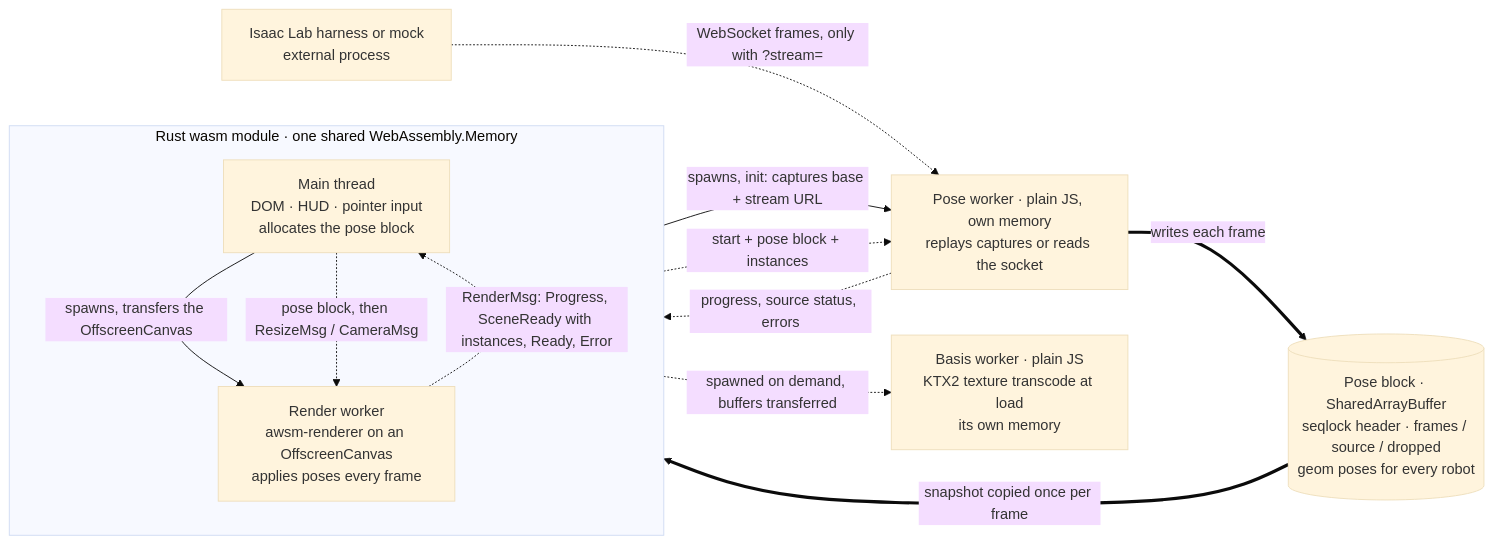
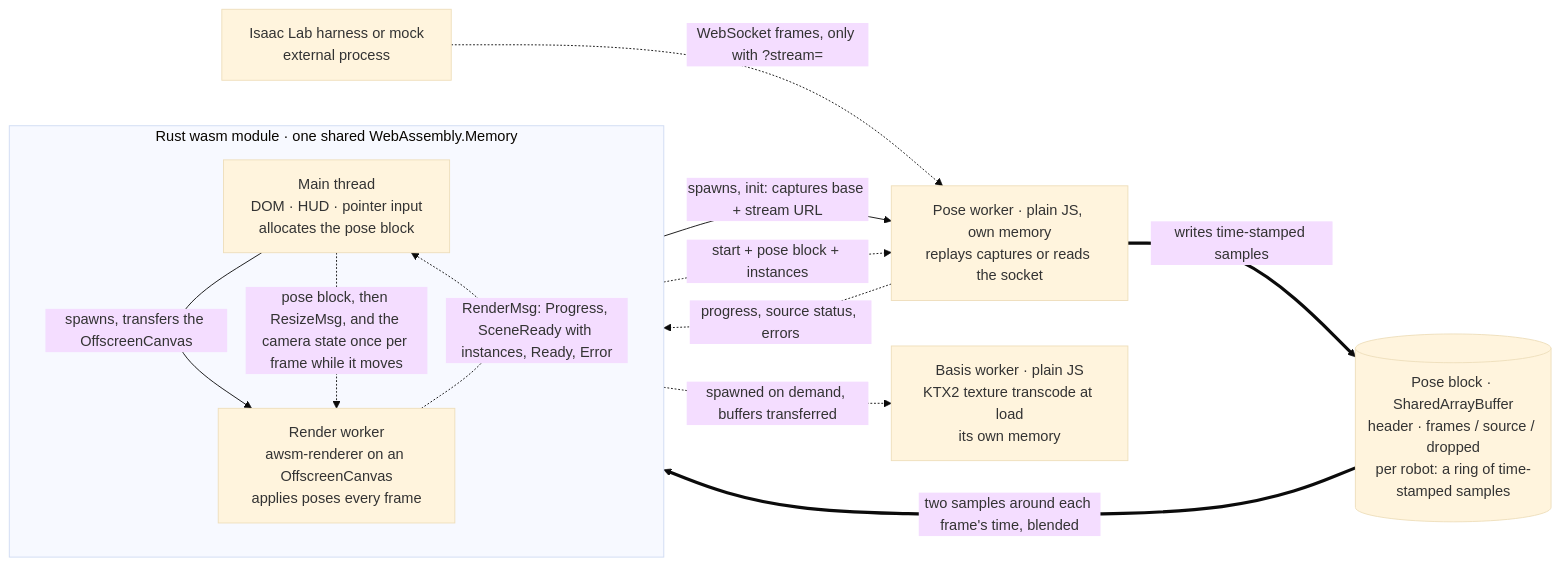
Before and after one commit to awsm-fun/awsm-template-physics-isaac: the second of 2 diagrams in README.md, drawn with Mermaid (base theme). The commit also changed other lines of this file and 9 other files, not shown here.

First line of the commit message:
Pace poses and camera by the display: time-stamped samples, frame-marked camera

````diff
--- a/README.md
+++ b/README.md
@@ -55,24 +55,24 @@
 ```mermaid
 flowchart LR
     subgraph RUST["Rust wasm module · one shared WebAssembly.Memory"]
         direction TB
         MAIN["Main thread<br/>DOM · HUD · pointer input<br/>allocates the pose block"]
         RENDER["Render worker<br/>awsm-renderer on an OffscreenCanvas<br/>applies poses every frame"]
     end
 
     POSE["Pose worker · plain JS, own memory<br/>replays captures or reads the socket"]
-    SAB[("Pose block · SharedArrayBuffer<br/>seqlock header · frames / source / dropped<br/>geom poses for every robot")]
+    SAB[("Pose block · SharedArrayBuffer<br/>header · frames / source / dropped<br/>per robot: a ring of time-stamped samples")]
     WS["Isaac Lab harness or mock<br/>external process"]
     BASIS["Basis worker · plain JS<br/>KTX2 texture transcode at load<br/>its own memory"]
 
     MAIN -- "spawns, transfers the OffscreenCanvas" --> RENDER
     MAIN -- "spawns, init: captures base + stream URL" --> POSE
     RENDER -. "RenderMsg: Progress, SceneReady with instances, Ready, Error" .-> MAIN
     MAIN -. "start + pose block + instances" .-> POSE
-    MAIN -. "pose block, then ResizeMsg / CameraMsg" .-> RENDER
+    MAIN -. "pose block, then ResizeMsg, and the camera state once per frame while it moves" .-> RENDER
     POSE -. "progress, source status, errors" .-> MAIN
     WS -. "WebSocket frames, only with ?stream=" .-> POSE
-    POSE == "writes each frame" ==> SAB
-    SAB == "snapshot copied once per frame" ==> RENDER
+    POSE == "writes time-stamped samples" ==> SAB
+    SAB == "two samples around each frame's time, blended" ==> RENDER
     RENDER -. "spawned on demand, buffers transferred" .-> BASIS
 ```
````
